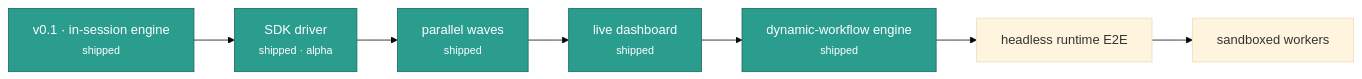
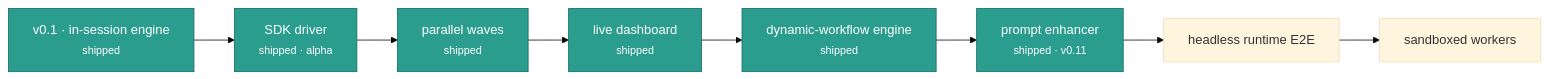
One commit to Jonhvmp/leopold changed the diagram in docs/roadmap.md. Above: the diagram before and after it, drawn with Mermaid (base theme). The commit also changed other lines of this file and 6 other files, not shown here.

````diff
--- a/docs/roadmap.md
+++ b/docs/roadmap.md
@@ -3,11 +3,12 @@
 ```mermaid
 flowchart LR
     V01["v0.1 · in-session engine<br/><small>shipped</small>"] --> DRV["SDK driver<br/><small>shipped · alpha</small>"]
     DRV --> FAN["parallel waves<br/><small>shipped</small>"]
     FAN --> DASH["live dashboard<br/><small>shipped</small>"]
     DASH --> WF["dynamic-workflow engine<br/><small>shipped</small>"]
-    WF --> E2E["headless runtime E2E"]
+    WF --> ENH["prompt enhancer<br/><small>shipped · v0.11</small>"]
+    ENH --> E2E["headless runtime E2E"]
     E2E --> SBX["sandboxed workers"]
     classDef done fill:#2a9d8f,stroke:#1b6b5f,color:#fff;
-    class V01,DRV,FAN,DASH,WF done;
+    class V01,DRV,FAN,DASH,WF,ENH done;
 ```
````
